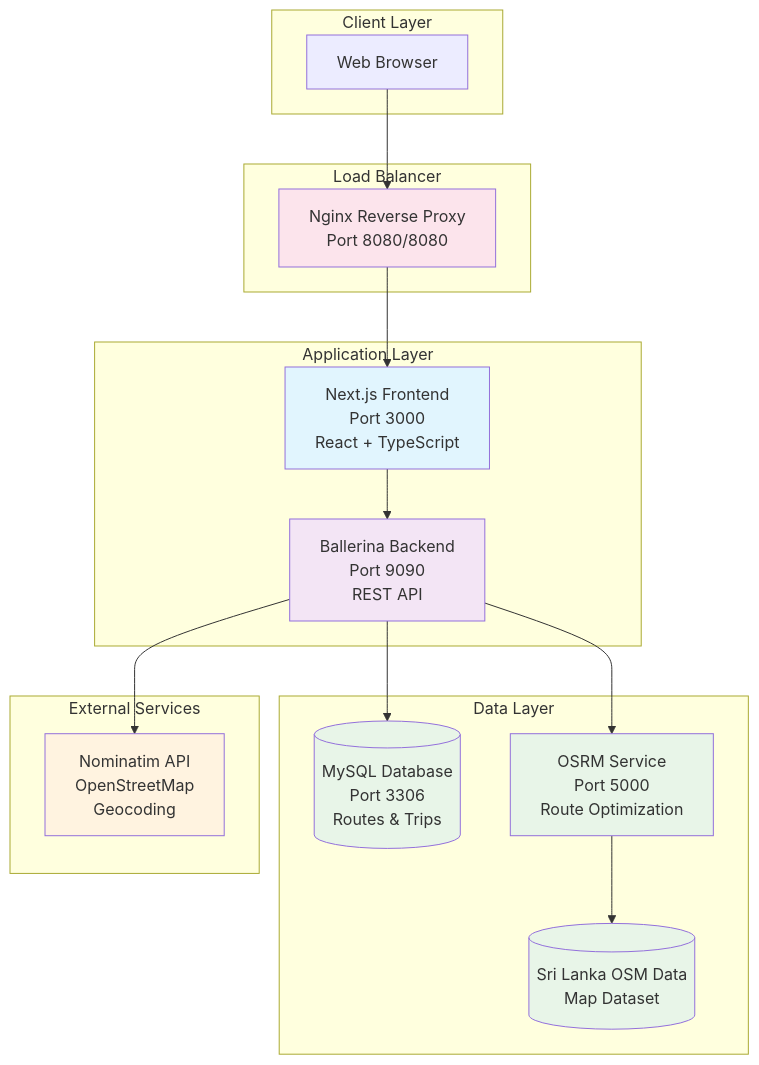
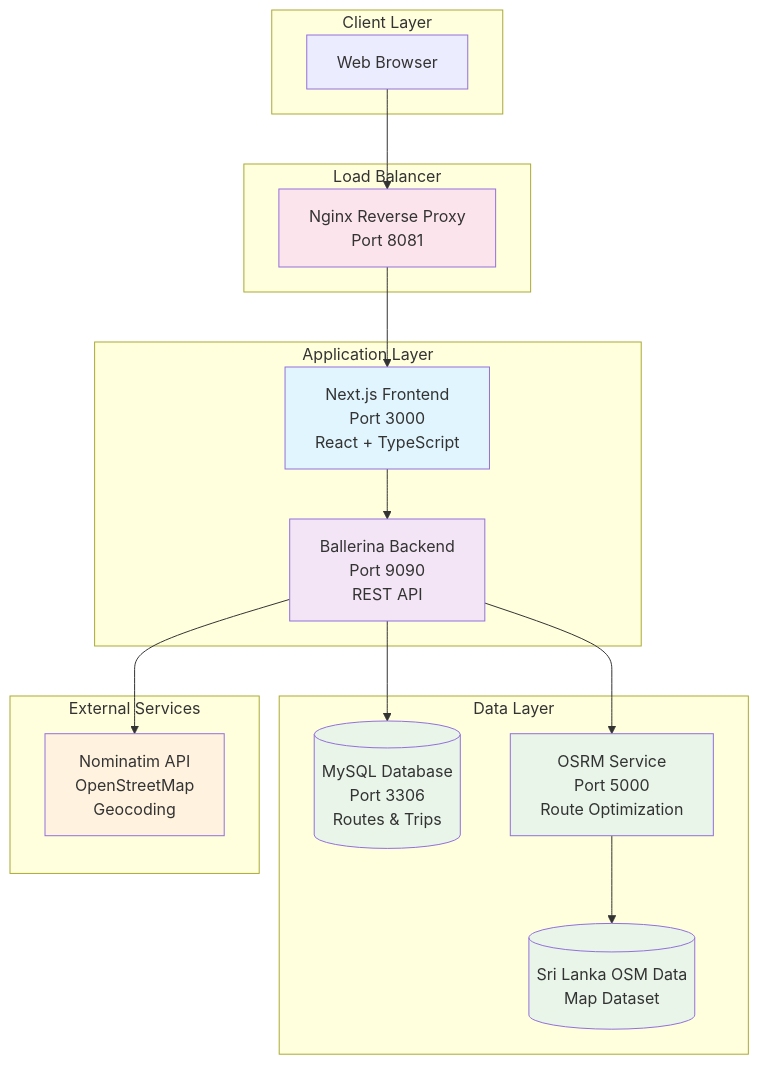
The first of 3 diagrams in README.md (pandorian7/public-transport-tracker), drawn with Mermaid before and after one commit. The commit also changed other lines of this file and 1 other file, not shown here.

Commit message:
update: to port 8081

````diff
--- a/README.md
+++ b/README.md
@@ -7,45 +7,45 @@
 ```mermaid
 graph TB
     subgraph "Client Layer"
         B[Web Browser]
     end
 
     subgraph "Load Balancer"
-        N[Nginx Reverse Proxy<br/>Port 8080/8080]
+        N[Nginx Reverse Proxy<br/>Port 8081]
     end
 
     subgraph "Application Layer"
         F[Next.js Frontend<br/>Port 3000<br/>React + TypeScript]
         BE[Ballerina Backend<br/>Port 9090<br/>REST API]
     end
 
     subgraph "Data Layer"
         DB[(MySQL Database<br/>Port 3306<br/>Routes & Trips)]
         OSM[OSRM Service<br/>Port 5000<br/>Route Optimization]
         OSMDATA[(Sri Lanka OSM Data<br/>Map Dataset)]
     end
 
     subgraph "External Services"
         NOM[Nominatim API<br/>OpenStreetMap<br/>Geocoding]
     end
 
     B --> N
     N --> F
     F --> BE
     BE --> DB
     BE --> OSM
     BE --> NOM
     OSM --> OSMDATA
 
     classDef frontend fill:#e1f5fe
     classDef backend fill:#f3e5f5
     classDef database fill:#e8f5e8
     classDef external fill:#fff3e0
     classDef proxy fill:#fce4ec
 
     class F frontend
     class BE backend
     class DB,OSM,OSMDATA database
     class NOM external
     class N proxy
 ```
````
